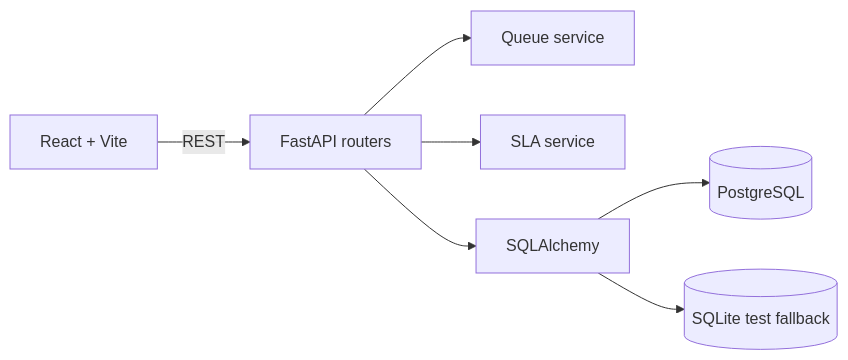
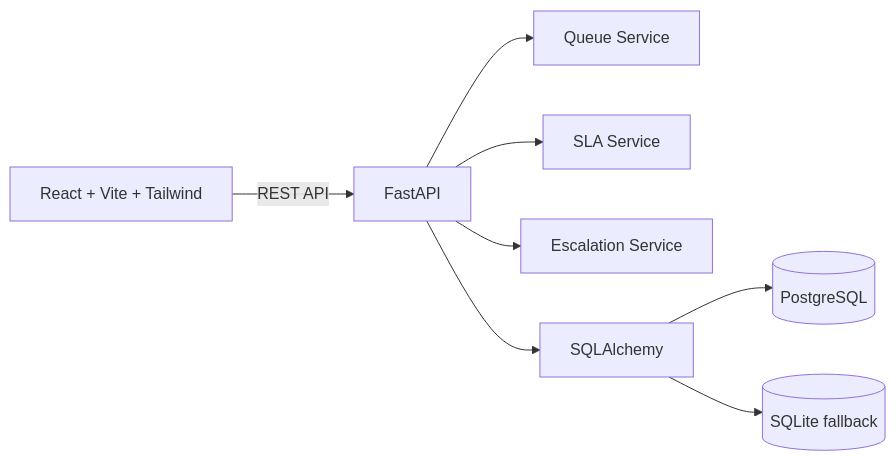
Before and after one commit to CodePhantom05/Nakul_Saraf_Auriga_Assessment: the diagram in README.md, drawn with Mermaid. The commit also changed other lines of this file, not shown here.

````diff
--- a/README.md
+++ b/README.md
@@ -15,9 +239,10 @@
 ```mermaid
 flowchart LR
-	Browser[React + Vite] -->|REST| API[FastAPI routers]
-	API --> Queue[Queue service]
-	API --> SLA[SLA service]
-	API --> ORM[SQLAlchemy]
-	ORM --> DB[(PostgreSQL)]
-	ORM --> SQLite[(SQLite test fallback)]
+    Browser[React + Vite + Tailwind] -->|REST API| API[FastAPI]
+    API --> Queue[Queue Service]
+    API --> SLA[SLA Service]
+    API --> Escalation[Escalation Service]
+    API --> ORM[SQLAlchemy]
+    ORM --> PostgreSQL[(PostgreSQL)]
+    ORM --> SQLite[(SQLite fallback)]
 ```
````
